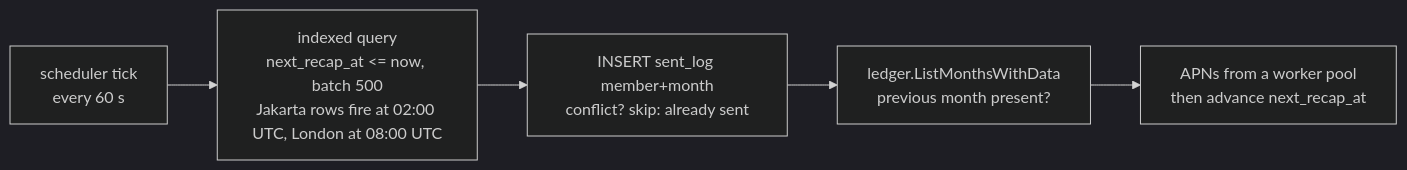
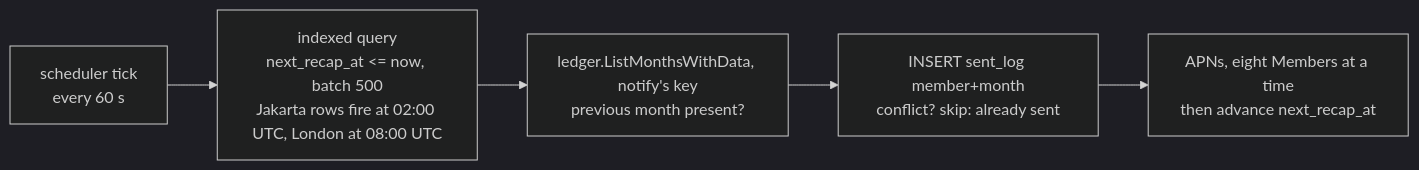
Before and after one commit to ravialdyh/my-money-recap-monorepo: the sixth of 6 diagrams in docs/ARCHITECTURE.md, drawn with Mermaid (dark theme). The commit also changed other lines of this file and 13 other files, not shown here.

````diff
--- a/docs/ARCHITECTURE.md
+++ b/docs/ARCHITECTURE.md
@@ -292,7 +292,7 @@
 ```mermaid
 flowchart LR
     T[scheduler tick<br/>every 60 s] --> Q[indexed query<br/>next_recap_at <= now, batch 500<br/>Jakarta rows fire at 02:00 UTC, London at 08:00 UTC]
-    Q --> I[INSERT sent_log member+month<br/>conflict? skip: already sent]
-    I --> E[ledger.ListMonthsWithData<br/>previous month present?]
-    E --> A[APNs from a worker pool<br/>then advance next_recap_at]
+    Q --> E[ledger.ListMonthsWithData, notify's key<br/>previous month present?]
+    E --> I[INSERT sent_log member+month<br/>conflict? skip: already sent]
+    I --> A[APNs, eight Members at a time<br/>then advance next_recap_at]
 ```
````
